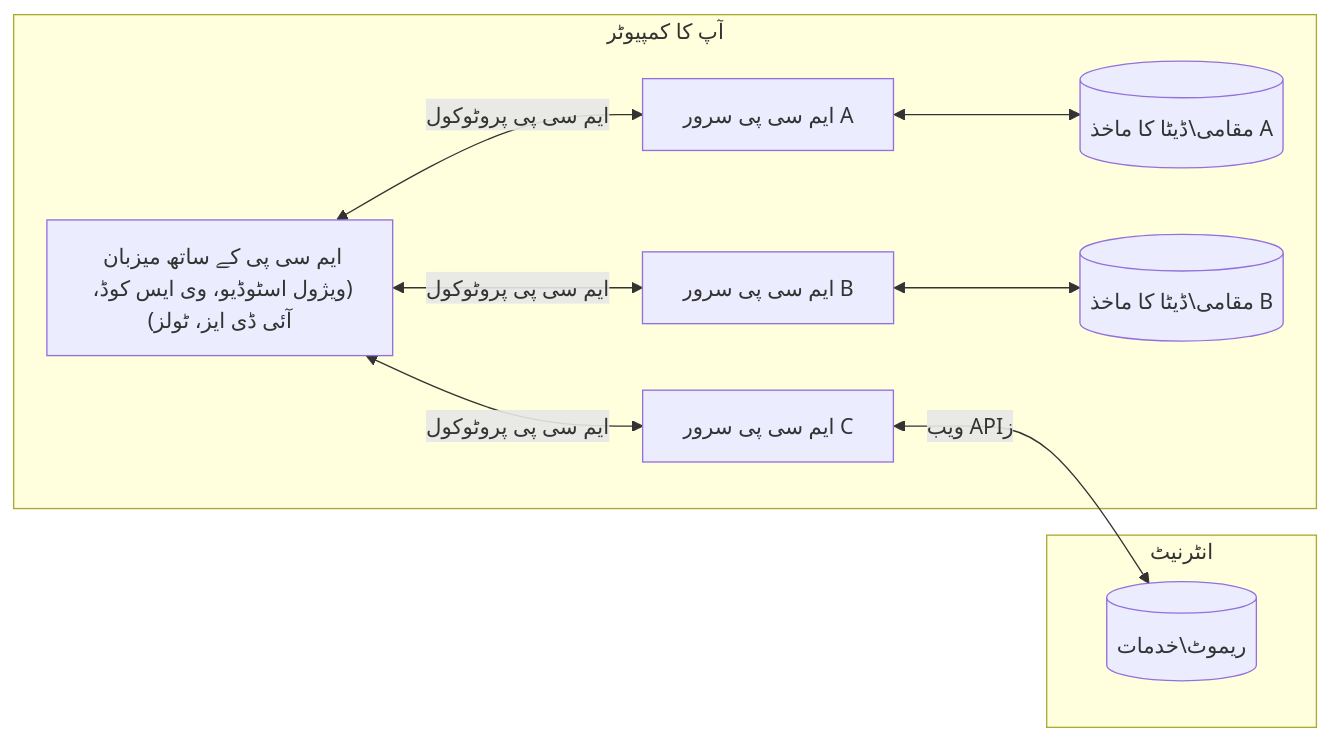
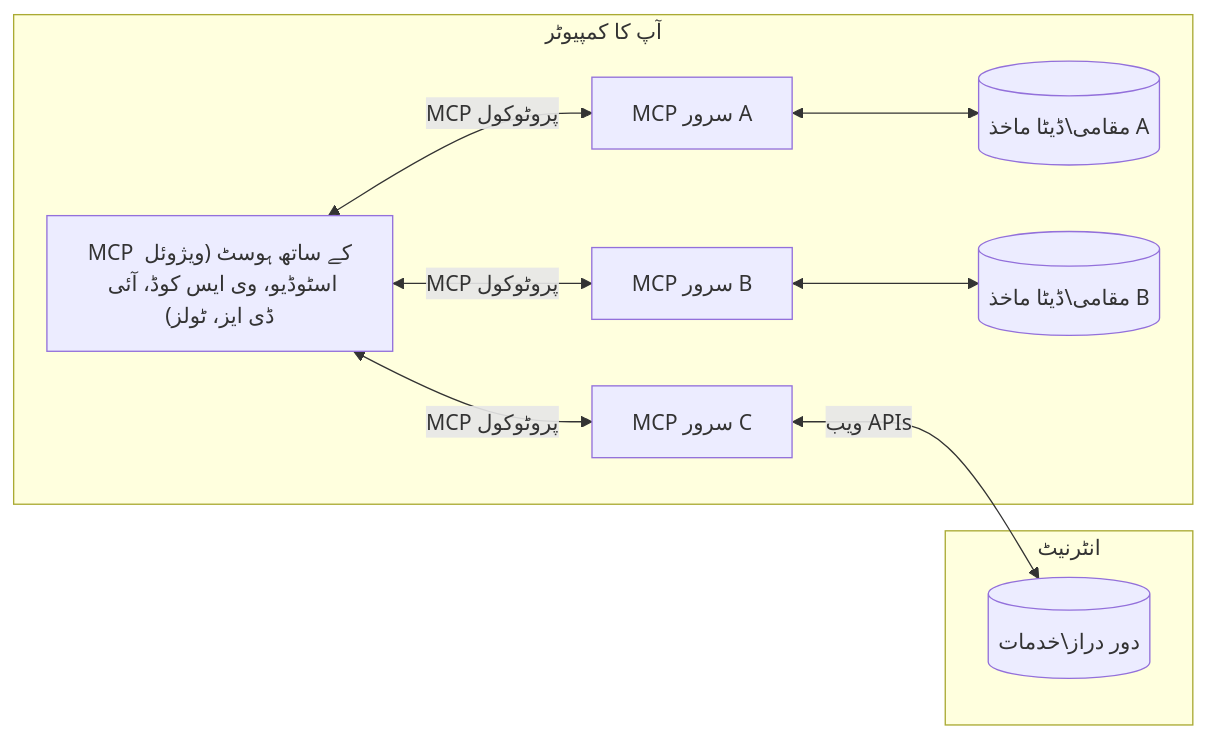
One commit to HIDORAKAI002/ai-workspace-archive changed the diagram in mcp_ecosystem__model_context_protocol/mcp_learning_resources/mcp-for-beginners/translations/ur/01-CoreConcepts/README.md. Above: the diagram before and after it, drawn with Mermaid. The commit also changed other lines of this file and 1046 other files, not shown here.

````diff
--- a/mcp_ecosystem__model_context_protocol/mcp_learning_resources/mcp-for-beginners/translations/ur/01-CoreConcepts/README.md
+++ b/mcp_ecosystem__model_context_protocol/mcp_learning_resources/mcp-for-beginners/translations/ur/01-CoreConcepts/README.md
@@ -45,17 +45,17 @@
 ```mermaid
 flowchart LR
     subgraph "آپ کا کمپیوٹر"
-        Host["ایم سی پی کے ساتھ میزبان (ویژول اسٹوڈیو، وی ایس کوڈ، آئی ڈی ایز، ٹولز)"]
-        S1["ایم سی پی سرور A"]
-        S2["ایم سی پی سرور B"]
-        S3["ایم سی پی سرور C"]
-        Host <-->|"ایم سی پی پروٹوکول"| S1
-        Host <-->|"ایم سی پی پروٹوکول"| S2
-        Host <-->|"ایم سی پی پروٹوکول"| S3
-        S1 <--> D1[("مقامی\ڈیٹا کا ماخذ A")]
-        S2 <--> D2[("مقامی\ڈیٹا کا ماخذ B")]
+        Host["MCP کے ساتھ ہوسٹ (ویژوئل اسٹوڈیو، وی ایس کوڈ، آئی ڈی ایز، ٹولز)"]
+        S1["MCP سرور A"]
+        S2["MCP سرور B"]
+        S3["MCP سرور C"]
+        Host <-->|"MCP پروٹوکول"| S1
+        Host <-->|"MCP پروٹوکول"| S2
+        Host <-->|"MCP پروٹوکول"| S3
+        S1 <--> D1[("مقامی\ڈیٹا ماخذ A")]
+        S2 <--> D2[("مقامی\ڈیٹا ماخذ B")]
     end
     subgraph "انٹرنیٹ"
-        S3 <-->|"ویب APIز"| D3[("ریموٹ\خدمات")]
+        S3 <-->|"ویب APIs"| D3[("دور دراز\خدمات")]
     end
-```  
+```
````
